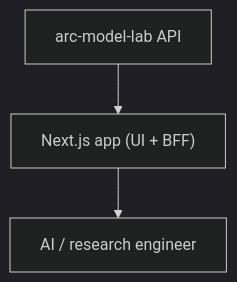
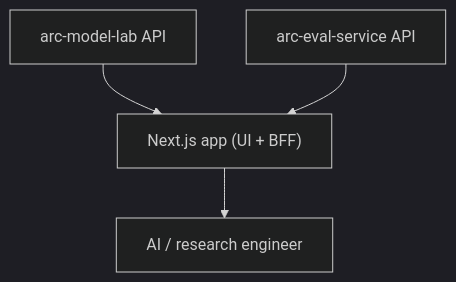
The diagram in docs/arc-platform.md (DimitarAtanassov/arc-platform), drawn with Mermaid (dark theme) before and after one commit. The commit also changed other lines of this file and 12 other files, not shown here.

````diff
--- a/docs/arc-platform.md
+++ b/docs/arc-platform.md
@@ -13,5 +13,6 @@
 ```mermaid
 flowchart TD
     ML["arc-model-lab API"] --> APP["Next.js app (UI + BFF)"]
+    EV["arc-eval-service API"] --> APP
     APP --> ENG["AI / research engineer"]
 ```
````
